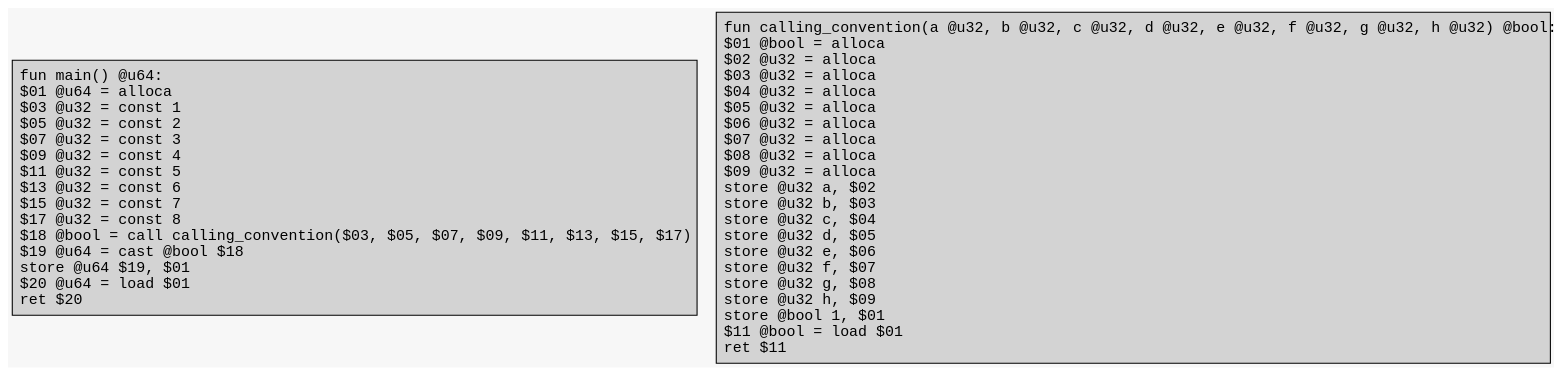
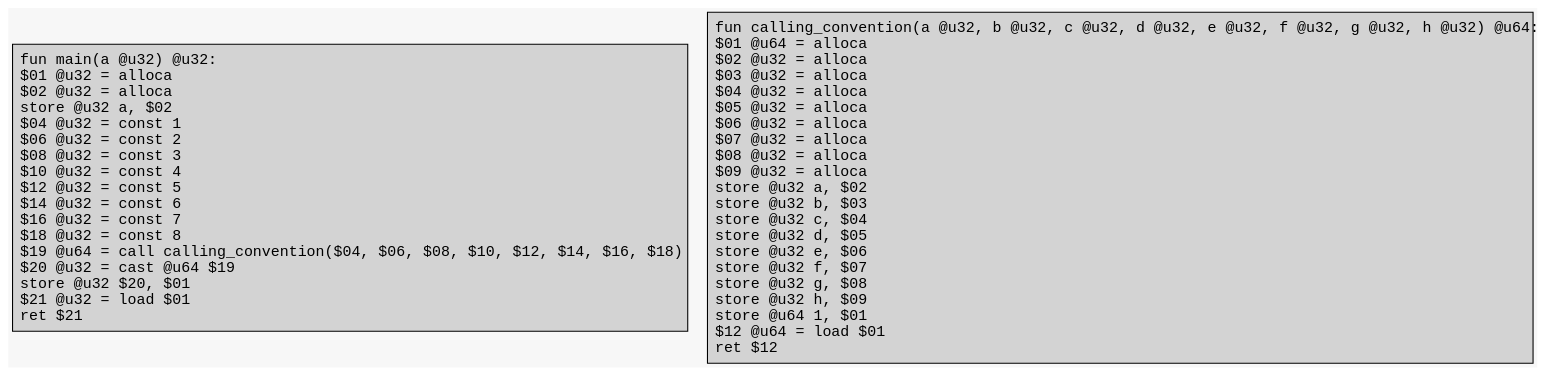
One commit to Excse/arkoi_language changed the diagram in example/cc/cc_opt.dot. Above: the diagram before and after it, drawn with Graphviz. The commit also changed 12 other files, not shown here.

Commit message:
Almost finished the calling convention

```diff
--- a/example/cc/cc_opt.dot
+++ b/example/cc/cc_opt.dot
@@ -1,10 +1,10 @@
 digraph CFG {
 	graph [fontname = "Monospace"];
 	node  [fontname = "Monospace", shape=box, style=filled, margin=0.1];
 	edge  [fontname = "Monospace"];
 	bgcolor = "#f7f7f7";
 	splines = false;
 
-	L0 [label="fun main() @u64:\l $01 @u64 = alloca\l $03 @u32 = const 1\l $05 @u32 = const 2\l $07 @u32 = const 3\l $09 @u32 = const 4\l $11 @u32 = const 5\l $13 @u32 = const 6\l $15 @u32 = const 7\l $17 @u32 = const 8\l $18 @bool = call calling_convention($03, $05, $07, $09, $11, $13, $15, $17)\l $19 @u64 = cast @bool $18\l store @u64 $19, $01\l $20 @u64 = load $01\l ret $20\l"];
-	L2 [label="fun calling_convention(a @u32, b @u32, c @u32, d @u32, e @u32, f @u32, g @u32, h @u32) @bool:\l $01 @bool = alloca\l $02 @u32 = alloca\l $03 @u32 = alloca\l $04 @u32 = alloca\l $05 @u32 = alloca\l $06 @u32 = alloca\l $07 @u32 = alloca\l $08 @u32 = alloca\l $09 @u32 = alloca\l store @u32 a, $02\l store @u32 b, $03\l store @u32 c, $04\l store @u32 d, $05\l store @u32 e, $06\l store @u32 f, $07\l store @u32 g, $08\l store @u32 h, $09\l store @bool 1, $01\l $11 @bool = load $01\l ret $11\l"];
+	L0 [label="fun main(a @u32) @u32:\l $01 @u32 = alloca\l $02 @u32 = alloca\l store @u32 a, $02\l $04 @u32 = const 1\l $06 @u32 = const 2\l $08 @u32 = const 3\l $10 @u32 = const 4\l $12 @u32 = const 5\l $14 @u32 = const 6\l $16 @u32 = const 7\l $18 @u32 = const 8\l $19 @u64 = call calling_convention($04, $06, $08, $10, $12, $14, $16, $18)\l $20 @u32 = cast @u64 $19\l store @u32 $20, $01\l $21 @u32 = load $01\l ret $21\l"];
+	L2 [label="fun calling_convention(a @u32, b @u32, c @u32, d @u32, e @u32, f @u32, g @u32, h @u32) @u64:\l $01 @u64 = alloca\l $02 @u32 = alloca\l $03 @u32 = alloca\l $04 @u32 = alloca\l $05 @u32 = alloca\l $06 @u32 = alloca\l $07 @u32 = alloca\l $08 @u32 = alloca\l $09 @u32 = alloca\l store @u32 a, $02\l store @u32 b, $03\l store @u32 c, $04\l store @u32 d, $05\l store @u32 e, $06\l store @u32 f, $07\l store @u32 g, $08\l store @u32 h, $09\l store @u64 1, $01\l $12 @u64 = load $01\l ret $12\l"];
 }
```
